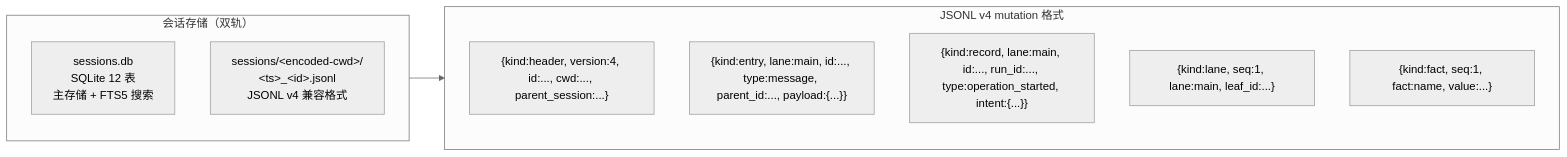
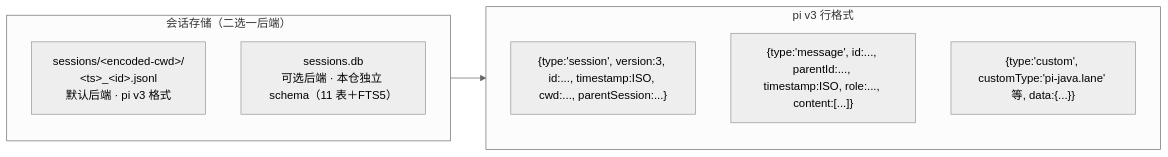
One commit to liangxingguang/pi-java changed the third of 3 diagrams in docs/02-architecture-design.md. Above: the diagram before and after it, drawn with Mermaid (neutral theme). The commit also changed other lines of this file and 4 other files, not shown here.

````diff
--- a/docs/02-architecture-design.md
+++ b/docs/02-architecture-design.md
@@ -365,19 +356,17 @@
 ```mermaid
 flowchart LR
-    subgraph Session["会话存储（双轨）"]
+    subgraph Session["会话存储（二选一后端）"]
         direction TB
-        SQLITE_DB["sessions.db<br/>SQLite 12 表<br/>主存储 + FTS5 搜索"]
-        V4_DIR["sessions/&lt;encoded-cwd&gt;/<br/>&lt;ts&gt;_&lt;id&gt;.jsonl<br/>JSONL v4 兼容格式"]
+        JSONL_DIR["sessions/&lt;encoded-cwd&gt;/<br/>&lt;ts&gt;_&lt;id&gt;.jsonl<br/>默认后端 · pi v3 格式"]
+        SQLITE_DB["sessions.db<br/>可选后端 · 本仓独立 schema（11 表＋FTS5）"]
     end
 
-    subgraph Format["JSONL v4 mutation 格式"]
+    subgraph Format["pi v3 行格式"]
         direction TB
-        HDR["{kind:header, version:4, id:..., cwd:..., parent_session:...}"]
-        ENT["{kind:entry, lane:main, id:..., type:message, parent_id:..., payload:{...}}"]
-        REC["{kind:record, lane:main, id:..., run_id:..., type:operation_started, intent:{...}}"]
-        LAN["{kind:lane, seq:1, lane:main, leaf_id:...}"]
-        FAC["{kind:fact, seq:1, fact:name, value:...}"]
+        HDR["{type:'session', version:3, id:..., timestamp:ISO, cwd:..., parentSession:...}"]
+        ROW["{type:'message', id:..., parentId:..., timestamp:ISO, role:..., content:[...]}"]
+        CUSTOM["{type:'custom', customType:'pi-java.lane' 等, data:{...}}"]
     end
 
     Session --> Format
 ```
````
